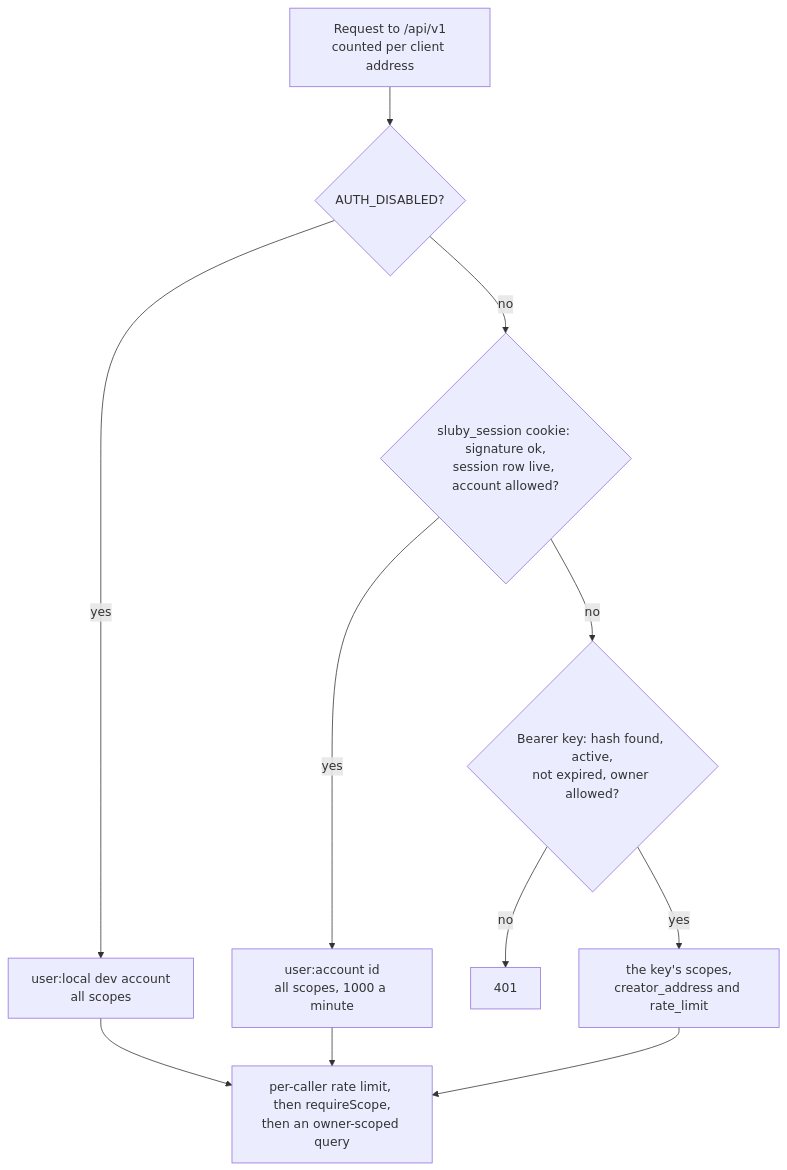
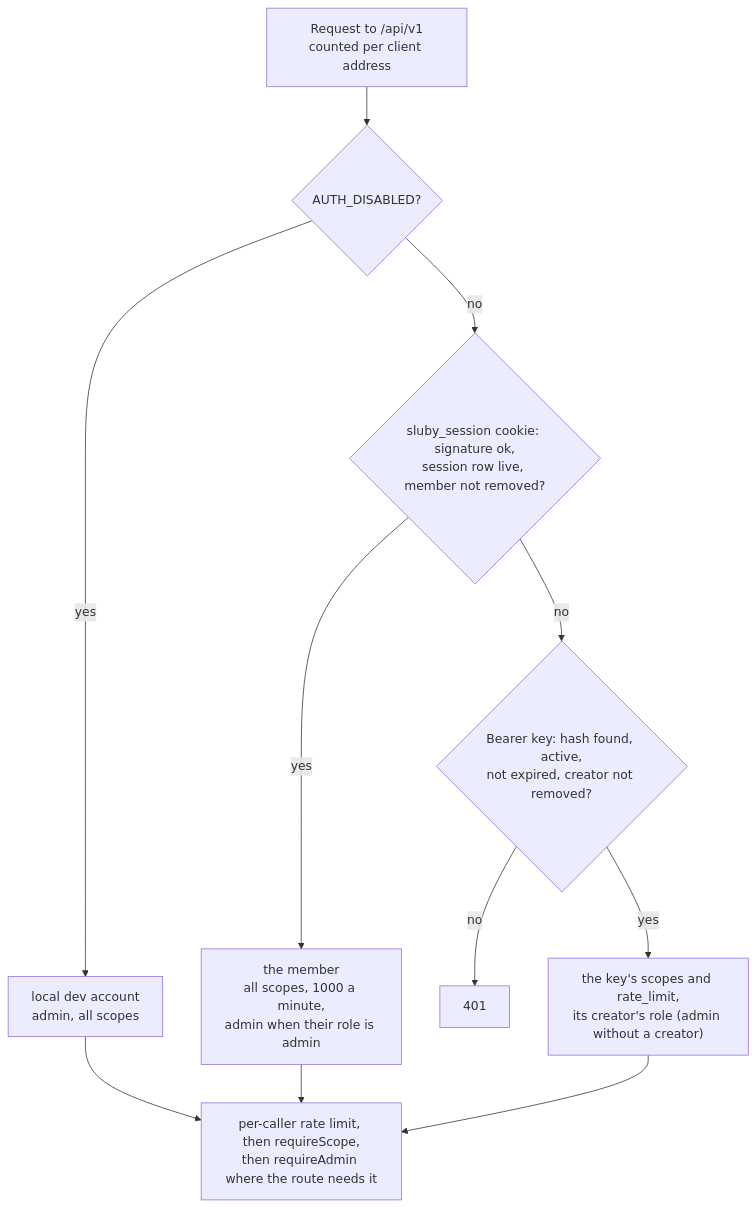
The diagram in docs/architecture/auth-and-tenancy.md (justmert/Sluby), drawn with Mermaid before and after one commit. The commit also changed other lines of this file and 29 other files, not shown here.

````diff
--- a/docs/architecture/auth-and-tenancy.md
+++ b/docs/architecture/auth-and-tenancy.md
@@ -7,13 +9,13 @@
 ```mermaid
 flowchart TB
   req["Request to /api/v1<br/>counted per client address"] --> dis{AUTH_DISABLED?}
-  dis -- yes --> dev["user:local dev account<br/>all scopes"]
-  dis -- no --> cookie{"sluby_session cookie: signature ok,<br/>session row live, account allowed?"}
-  cookie -- yes --> gh["user:account id<br/>all scopes, 1000 a minute"]
-  cookie -- no --> bearer{"Bearer key: hash found, active,<br/>not expired, owner allowed?"}
+  dis -- yes --> dev["local dev account<br/>admin, all scopes"]
+  dis -- no --> cookie{"sluby_session cookie: signature ok,<br/>session row live, member not removed?"}
+  cookie -- yes --> member["the member<br/>all scopes, 1000 a minute,<br/>admin when their role is admin"]
+  cookie -- no --> bearer{"Bearer key: hash found, active,<br/>not expired, creator not removed?"}
   bearer -- no --> e401[401]
-  bearer -- yes --> key["the key's scopes,<br/>creator_address and rate_limit"]
-  dev --> route["per-caller rate limit, then requireScope,<br/>then an owner-scoped query"]
-  gh --> route
+  bearer -- yes --> key["the key's scopes and rate_limit,<br/>its creator's role (admin without a creator)"]
+  dev --> route["per-caller rate limit, then requireScope,<br/>then requireAdmin where the route needs it"]
+  member --> route
   key --> route
 ```
````
